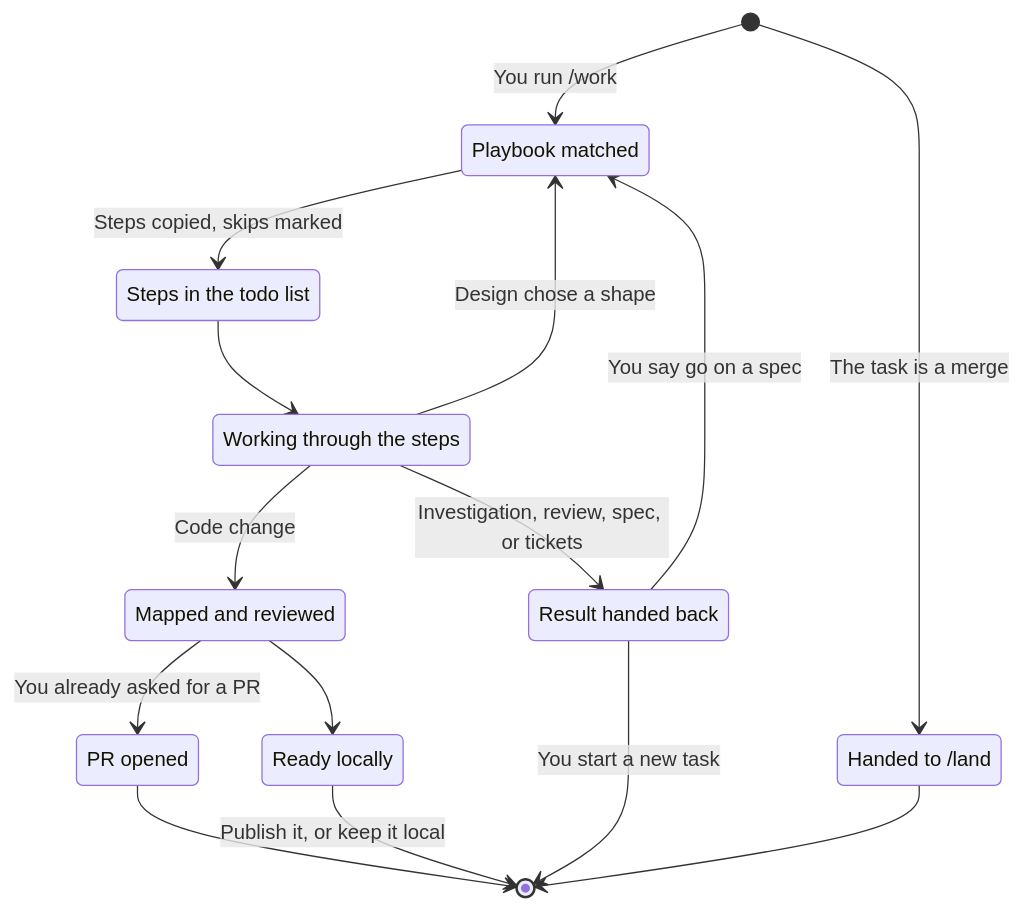
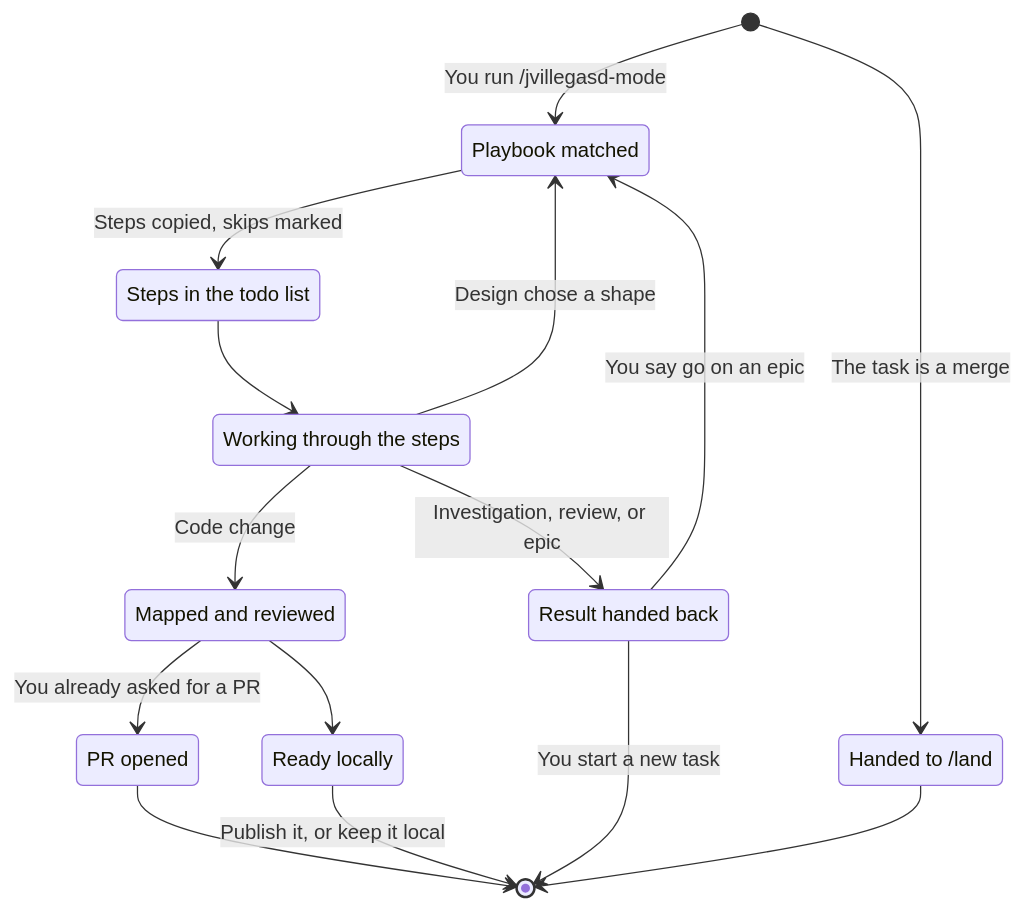
One commit to jvillegasd/harness changed the first of 3 diagrams in docs/workflow.md. Above: the diagram before and after it, drawn with Mermaid. The commit also changed other lines of this file and 778 other files, not shown here.

````diff
--- a/docs/workflow.md
+++ b/docs/workflow.md
@@ -111,26 +96,26 @@
 ```mermaid
 stateDiagram-v2
     state "Playbook matched" as Matched
     state "Steps in the todo list" as Steps
     state "Working through the steps" as Working
     state "Mapped and reviewed" as Reviewed
     state "Result handed back" as Answered
     state "PR opened" as Opened
     state "Ready locally" as Ready
     state "Handed to /land" as Routed
 
-    [*] --> Matched: You run /work
+    [*] --> Matched: You run /jvillegasd-mode
     [*] --> Routed: The task is a merge
     Matched --> Steps: Steps copied, skips marked
     Steps --> Working
     Working --> Reviewed: Code change
-    Working --> Answered: Investigation, review, spec, or tickets
+    Working --> Answered: Investigation, review, or epic
     Working --> Matched: Design chose a shape
     Reviewed --> Ready
     Reviewed --> Opened: You already asked for a PR
     Opened --> [*]
     Ready --> [*]: Publish it, or keep it local
     Answered --> [*]: You start a new task
-    Answered --> Matched: You say go on a spec
+    Answered --> Matched: You say go on an epic
     Routed --> [*]
 ```
````
